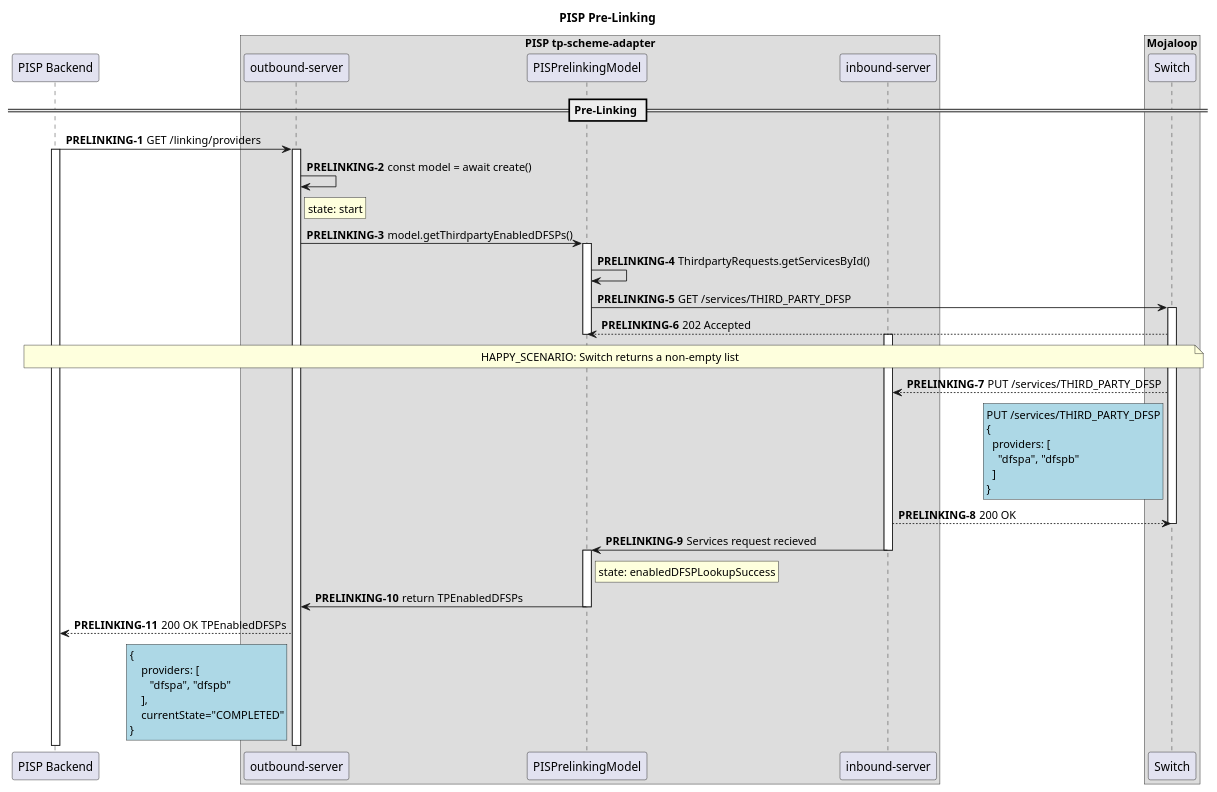
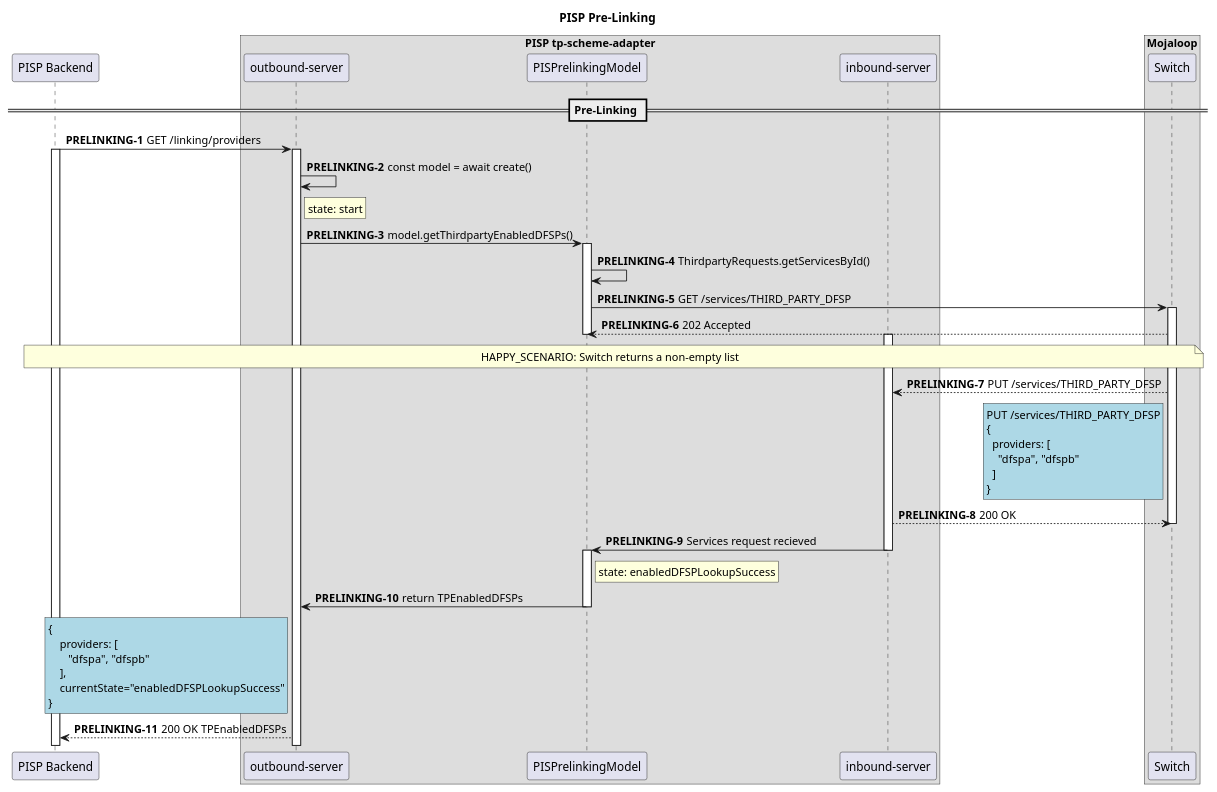
One commit to mojaloop/thirdparty-sdk changed the diagram in docs/sequence/PISPPreLinkingApi.puml. Above: the diagram before and after it, drawn with PlantUML. The commit also changed 3 other files, not shown here.

```diff
--- a/docs/sequence/PISPPreLinkingApi.puml
+++ b/docs/sequence/PISPPreLinkingApi.puml
@@ -1,75 +1,74 @@
 @startuml
 
 title PISP Pre-Linking
 
 participant "PISP Backend" as PISP
 box "PISP tp-scheme-adapter"
   participant "outbound-server" as PISP_TP_OUT
   participant "PISPrelinkingModel" as PISP_PLM
   participant "inbound-server" as PISP_TP_IN
 end box
 box "Mojaloop"
     participant Switch
 end box
 
 == Pre-Linking ==
 autonumber 1 "<b>PRELINKING-#</b>"
 
 PISP -> PISP_TP_OUT: GET /linking/providers
 
 activate PISP
 activate PISP_TP_OUT
 
 PISP_TP_OUT -> PISP_TP_OUT: const model = await create()
 rnote right of PISP_TP_OUT: state: start
 PISP_TP_OUT -> PISP_PLM: model.getThirdpartyEnabledDFSPs()
 
 activate PISP_PLM
 
 PISP_PLM -> PISP_PLM: ThirdpartyRequests.getServicesById()
 PISP_PLM -> Switch: GET /services/THIRD_PARTY_DFSP
 
 activate Switch
 Switch --> PISP_PLM: 202 Accepted
 deactivate PISP_PLM
 
 note over PISP, Switch
   HAPPY_SCENARIO: Switch returns a non-empty list
 end note
 
 activate PISP_TP_IN
 
 Switch --> PISP_TP_IN: PUT /services/THIRD_PARTY_DFSP
 rnote left of Switch #LightBlue
 PUT /services/THIRD_PARTY_DFSP
 {
   providers: [
     "dfspa", "dfspb"
   ]
 }
 end note
 PISP_TP_IN --> Switch: 200 OK
 
 deactivate Switch
 
 PISP_TP_IN -> PISP_PLM: Services request recieved
 
 deactivate PISP_TP_IN
 activate PISP_PLM
 
 rnote right of PISP_PLM: state: enabledDFSPLookupSuccess
 PISP_PLM -> PISP_TP_OUT: return TPEnabledDFSPs
 
 deactivate PISP_PLM
-
-PISP_TP_OUT --> PISP: 200 OK TPEnabledDFSPs
 rnote left of PISP_TP_OUT #LightBlue
 {
     providers: [
        "dfspa", "dfspb"
     ],
-    currentState="COMPLETED"
+    currentState="enabledDFSPLookupSuccess"
 }
 end note
+PISP_TP_OUT --> PISP: 200 OK TPEnabledDFSPs
 
 @enduml
```
